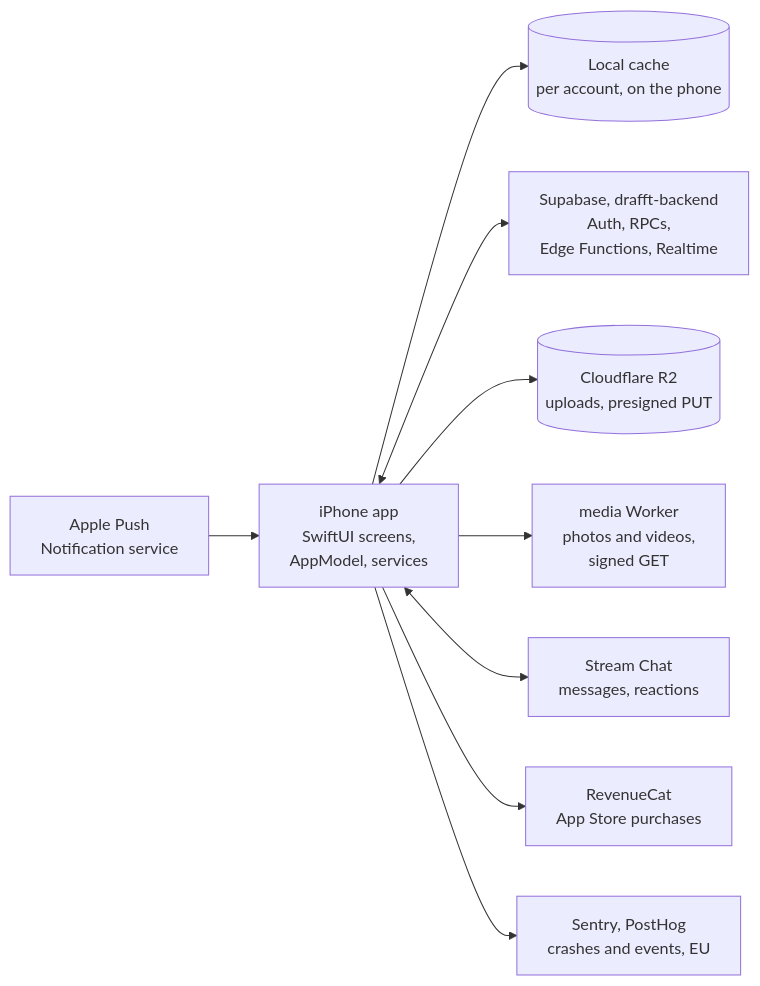
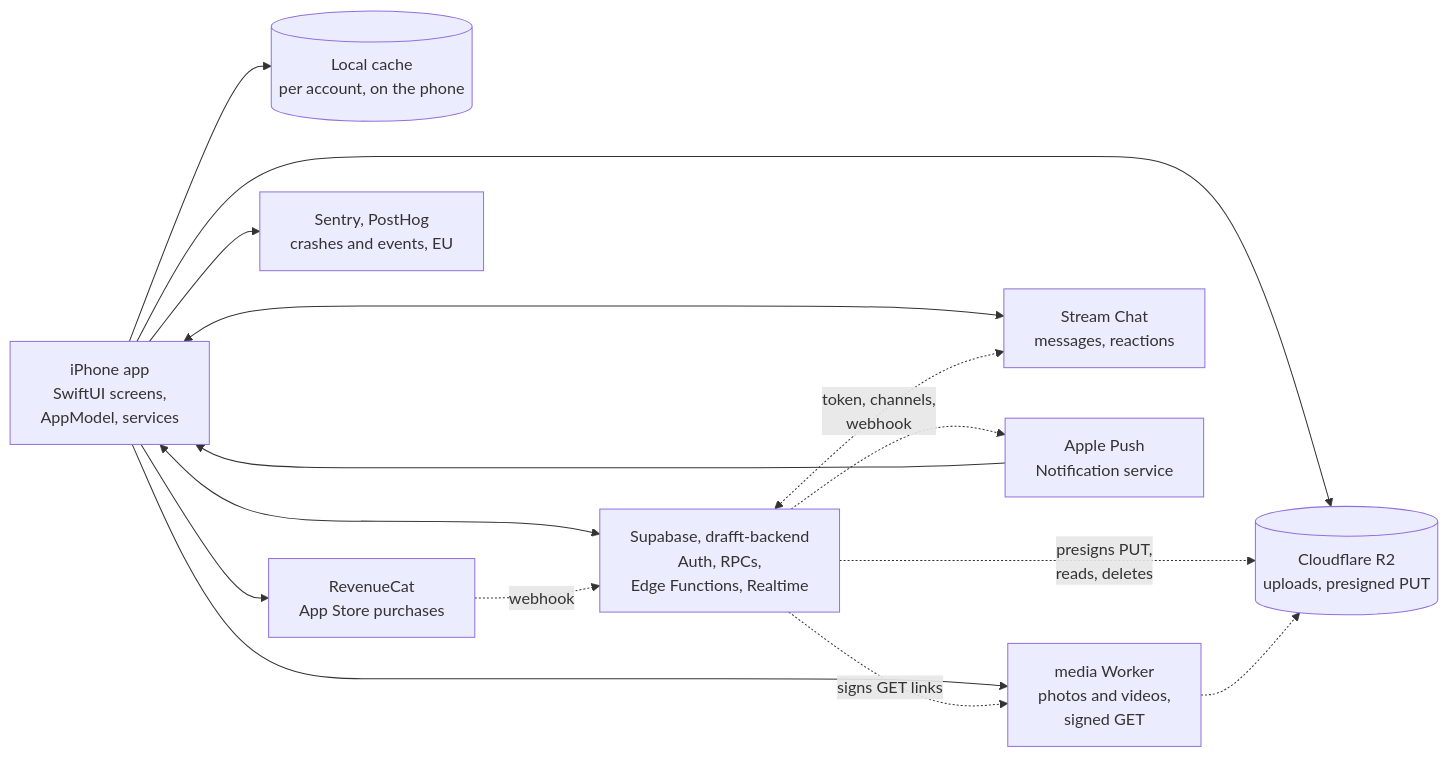
The diagram in README.md (sylwaninn/drafft), drawn with Mermaid before and after one commit.

Commit message:
docs(mobile): draw the links between services in the readme (#110)

````diff
--- a/README.md
+++ b/README.md
@@ -42,12 +42,18 @@
 ```mermaid
 flowchart LR
   App["iPhone app<br/>SwiftUI screens,<br/>AppModel, services"]
   App --> Cache[("Local cache<br/>per account, on the phone")]
   App <--> Supabase["Supabase, drafft-backend<br/>Auth, RPCs,<br/>Edge Functions, Realtime"]
   App --> R2[("Cloudflare R2<br/>uploads, presigned PUT")]
   App --> Worker["media Worker<br/>photos and videos,<br/>signed GET"]
   App <--> Stream["Stream Chat<br/>messages, reactions"]
   Push["Apple Push<br/>Notification service"] --> App
   App --> RevenueCat["RevenueCat<br/>App Store purchases"]
   App --> Telemetry["Sentry, PostHog<br/>crashes and events, EU"]
+  Supabase -. "presigns PUT,<br/>reads, deletes" .-> R2
+  Supabase -. "signs GET links" .-> Worker
+  Worker -.-> R2
+  Supabase <-. "token, channels,<br/>webhook" .-> Stream
+  Supabase -.-> Push
+  RevenueCat -. "webhook" .-> Supabase
 ```
````
